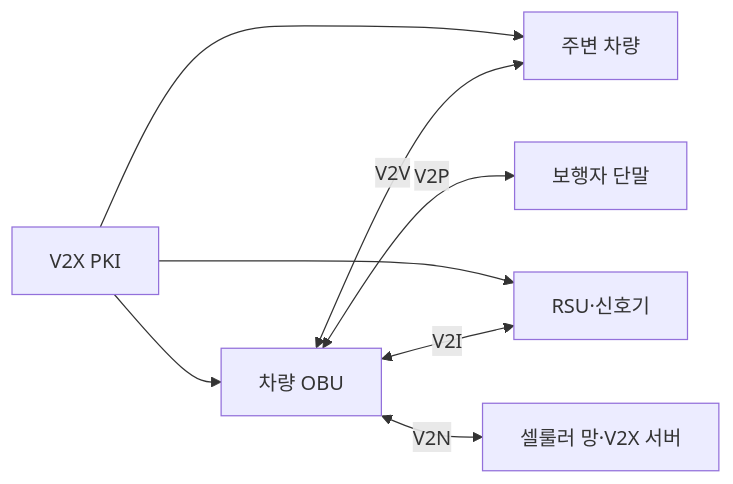
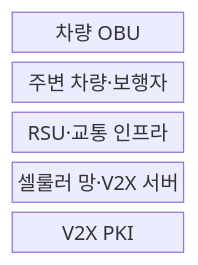
Before and after one commit to agnusdei1207/knowledge-base: the first of 2 diagrams in src/content/docs/notes/08-latest-tech/207_v2x_vehicle_to_everything.md, drawn with Mermaid. The commit also changed other lines of this file and 23 other files, not shown here.

````diff
--- a/src/content/docs/notes/08-latest-tech/207_v2x_vehicle_to_everything.md
+++ b/src/content/docs/notes/08-latest-tech/207_v2x_vehicle_to_everything.md
@@ -51,16 +54,9 @@
 ```mermaid
-flowchart LR
-  V["차량 OBU"]
-  V2["주변 차량"]
-  R["RSU·신호기"]
-  P["보행자 단말"]
-  N["셀룰러 망·V2X 서버"]
-  PKI["V2X PKI"]
-  V <-->|"V2V"| V2
-  V <-->|"V2I"| R
-  V <-->|"V2P"| P
-  V <-->|"V2N"| N
-  PKI --> V
-  PKI --> V2
-  PKI --> R
+block-beta
+  columns 1
+  A["차량 OBU"]
+  B["주변 차량·보행자"]
+  C["RSU·교통 인프라"]
+  D["셀룰러 망·V2X 서버"]
+  E["V2X PKI"]
 ```
````
